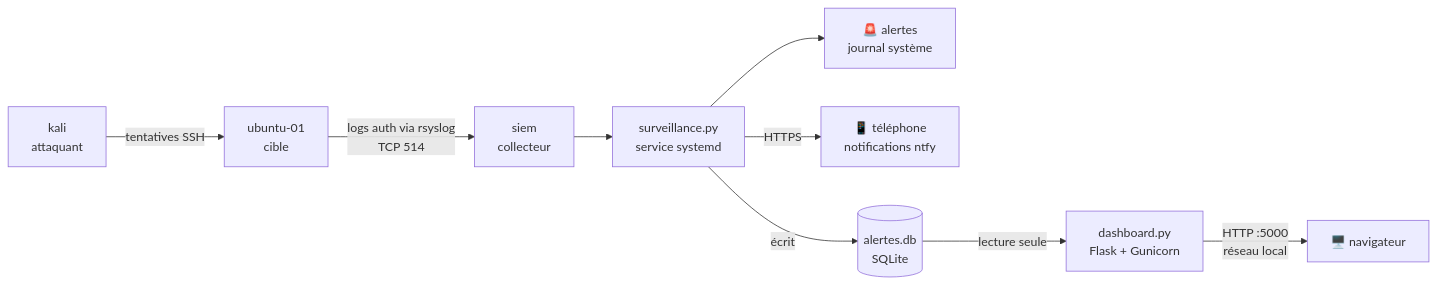
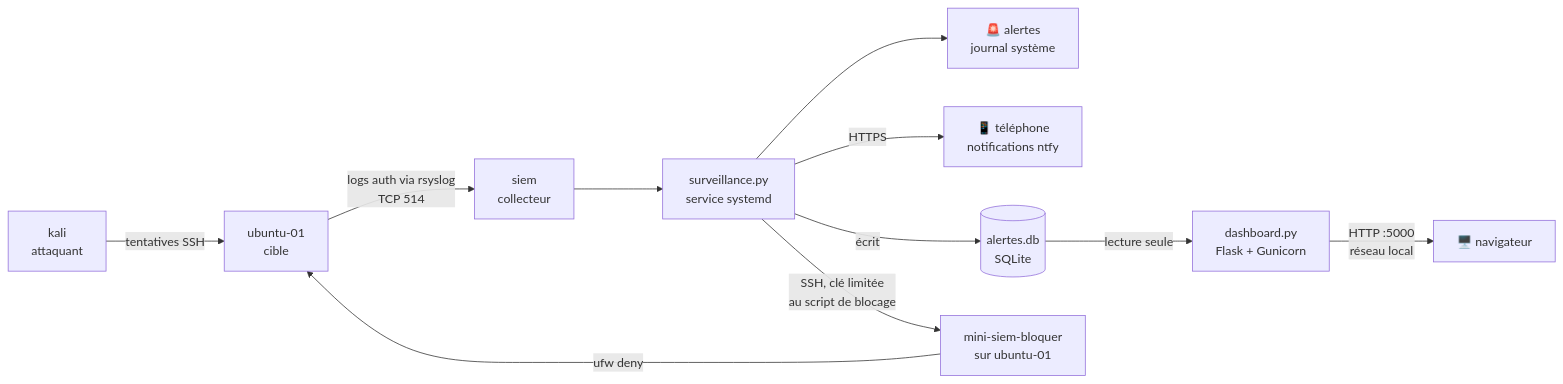
Before and after one commit to rkaseya/mini-siem: the diagram in README.md, drawn with Mermaid. The commit also changed other lines of this file and 6 other files, not shown here.

Commit message:
Réponse automatique (blocage d'IP avec garde-fous), script de déploiement, README

````diff
--- a/README.md
+++ b/README.md
@@ -21,11 +23,13 @@
 ```mermaid
 flowchart LR
     K[kali<br/>attaquant] -- tentatives SSH --> U[ubuntu-01<br/>cible]
     U -- logs auth via rsyslog<br/>TCP 514 --> S[siem<br/>collecteur]
     S --> D[surveillance.py<br/>service systemd]
     D --> A[🚨 alertes<br/>journal système]
     D -- HTTPS --> N[📱 téléphone<br/>notifications ntfy]
     D -- écrit --> DB[(alertes.db<br/>SQLite)]
     DB -- lecture seule --> W[dashboard.py<br/>Flask + Gunicorn]
     W -- HTTP :5000<br/>réseau local --> B[🖥️ navigateur]
+    D -- SSH, clé limitée<br/>au script de blocage --> R[mini-siem-bloquer<br/>sur ubuntu-01]
+    R -- ufw deny --> U
 ```
````
